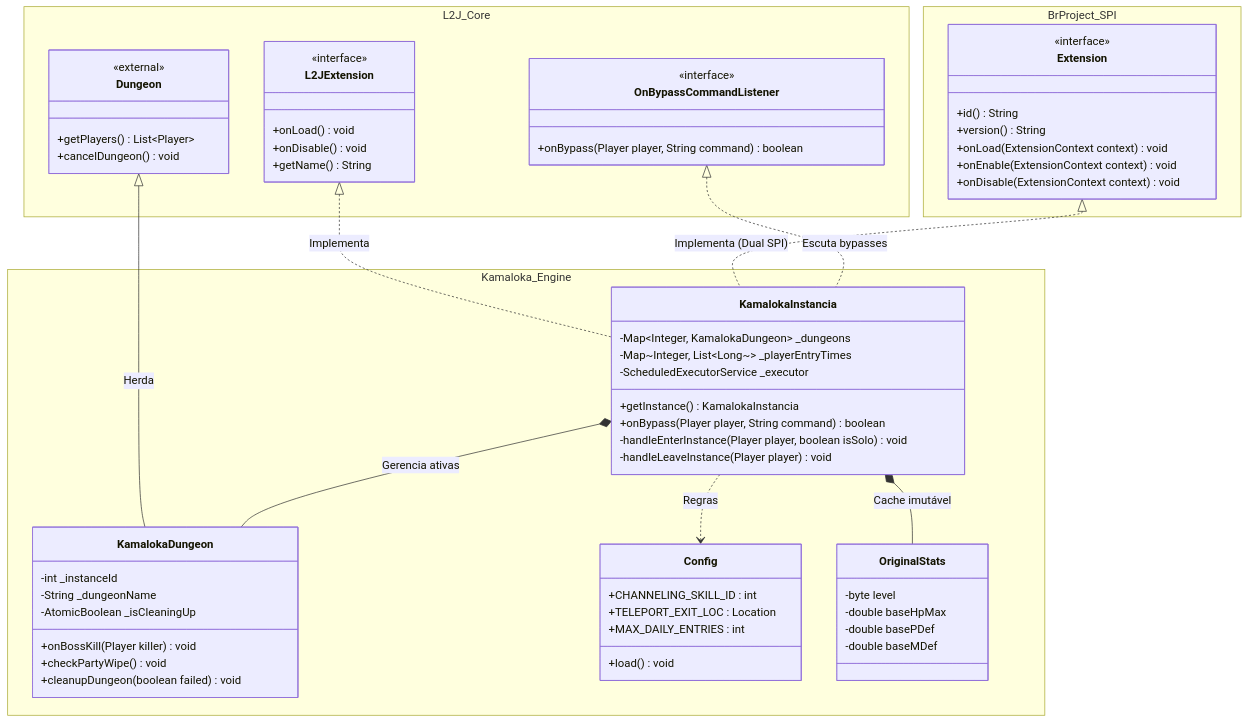
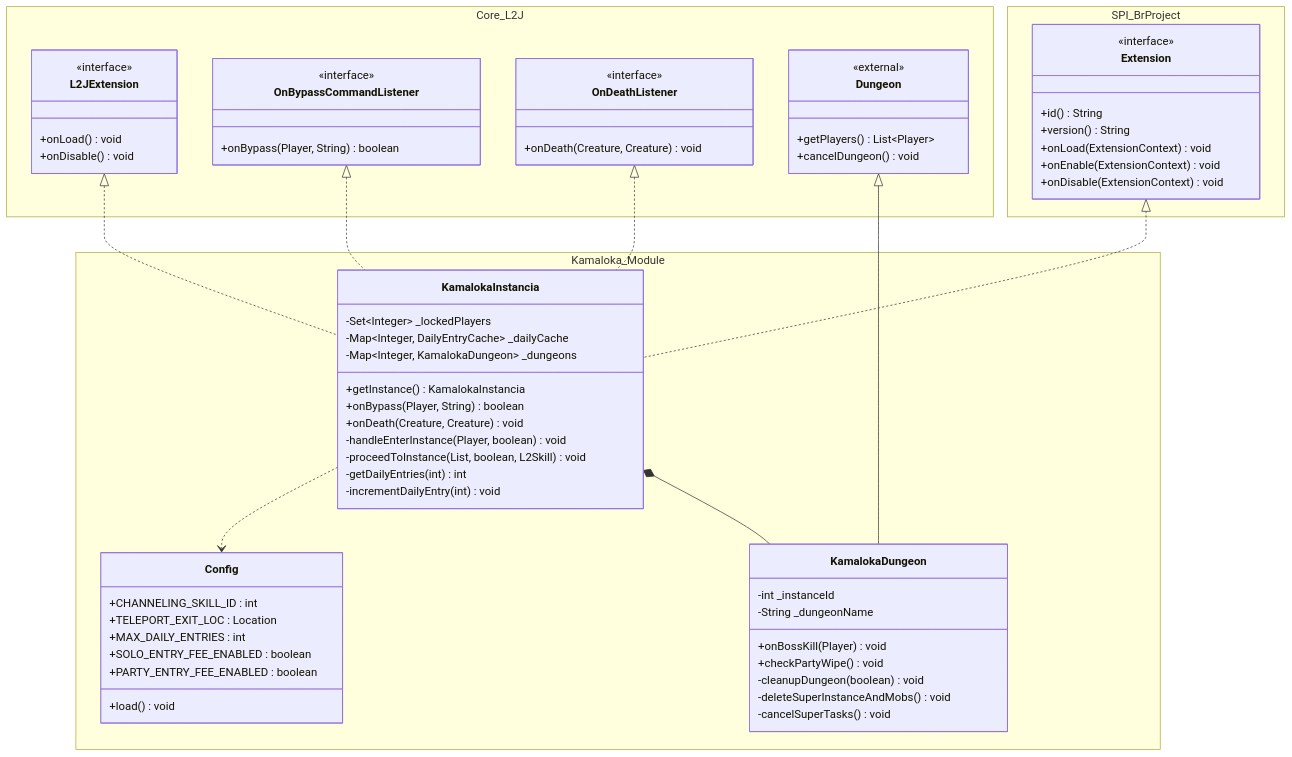
The first of 2 diagrams in README.md (Dhousefe/KamalokaInstance), drawn with Mermaid before and after one commit. The commit also changed other lines of this file and 8 other files, not shown here.

Commit message:
Implement entry fee system for Solo and Party modes in kamaloka configuration; removed monster status multipliers.

````diff
--- a/README.md
+++ b/README.md
@@ -55,73 +78,76 @@
 ```mermaid
 classDiagram
     direction TB
 
-    namespace L2J_Core {
+    namespace Core_L2J {
         class L2JExtension {
             <<interface>>
             +onLoad() void
             +onDisable() void
-            +getName() String
         }
         class OnBypassCommandListener {
             <<interface>>
-            +onBypass(Player player, String command) boolean
+            +onBypass(Player, String) boolean
+        }
+        class OnDeathListener {
+            <<interface>>
+            +onDeath(Creature, Creature) void
         }
         class Dungeon {
             <<external>>
             +getPlayers() List~Player~
             +cancelDungeon() void
         }
     }
 
-    namespace BrProject_SPI {
+    namespace SPI_BrProject {
         class Extension {
             <<interface>>
             +id() String
             +version() String
-            +onLoad(ExtensionContext context) void
-            +onEnable(ExtensionContext context) void
-            +onDisable(ExtensionContext context) void
+            +onLoad(ExtensionContext) void
+            +onEnable(ExtensionContext) void
+            +onDisable(ExtensionContext) void
         }
     }
 
-    namespace Kamaloka_Engine {
+    namespace Kamaloka_Module {
         class KamalokaInstancia {
+            -Set~Integer~ _lockedPlayers
+            -Map~Integer, DailyEntryCache~ _dailyCache
             -Map~Integer, KamalokaDungeon~ _dungeons
-            -Map~Integer, List~Long~~ _playerEntryTimes
-            -ScheduledExecutorService _executor
             +getInstance() KamalokaInstancia
-            +onBypass(Player player, String command) boolean
-            -handleEnterInstance(Player player, boolean isSolo) void
-            -handleLeaveInstance(Player player) void
+            +onBypass(Player, String) boolean
+            +onDeath(Creature, Creature) void
+            -handleEnterInstance(Player, boolean) void
+            -proceedToInstance(List, boolean, L2Skill) void
+            -getDailyEntries(int) int
+            -incrementDailyEntry(int) void
         }
         class KamalokaDungeon {
             -int _instanceId
             -String _dungeonName
-            -AtomicBoolean _isCleaningUp
-            +onBossKill(Player killer) void
+            +onBossKill(Player) void
             +checkPartyWipe() void
-            +cleanupDungeon(boolean failed) void
+            -cleanupDungeon(boolean) void
+            -deleteSuperInstanceAndMobs() void
+            -cancelSuperTasks() void
         }
         class Config {
             +CHANNELING_SKILL_ID : int
             +TELEPORT_EXIT_LOC : Location
             +MAX_DAILY_ENTRIES : int
+            +SOLO_ENTRY_FEE_ENABLED : boolean
+            +PARTY_ENTRY_FEE_ENABLED : boolean
             +load() void
-        }
-        class OriginalStats {
-            -byte level
-            -double baseHpMax
-            -double basePDef
-            -double baseMDef
         }
     }
 
-    L2JExtension <|.. KamalokaInstancia : Implementa
-    Extension <|.. KamalokaInstancia : Implementa (Dual SPI)
-    OnBypassCommandListener <|.. KamalokaInstancia : Escuta bypasses
-    Dungeon <|-- KamalokaDungeon : Herda
-    KamalokaInstancia *-- KamalokaDungeon : Gerencia ativas
-    KamalokaInstancia *-- OriginalStats : Cache imutável
-    KamalokaInstancia ..> Config : Regras
+    L2JExtension <|.. KamalokaInstancia
+    Extension <|.. KamalokaInstancia
+    OnBypassCommandListener <|.. KamalokaInstancia
+    OnDeathListener <|.. KamalokaInstancia
+    Dungeon <|-- KamalokaDungeon
+    KamalokaInstancia *-- KamalokaDungeon
+    KamalokaInstancia ..> Config
 ```
````
